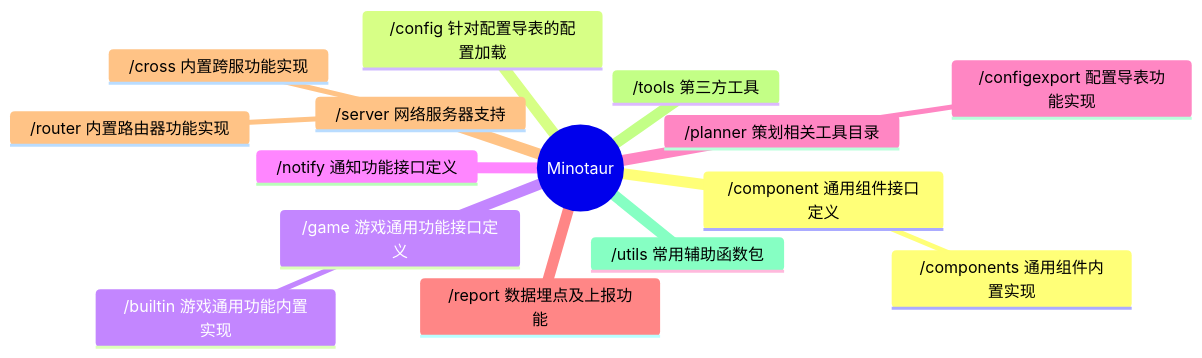
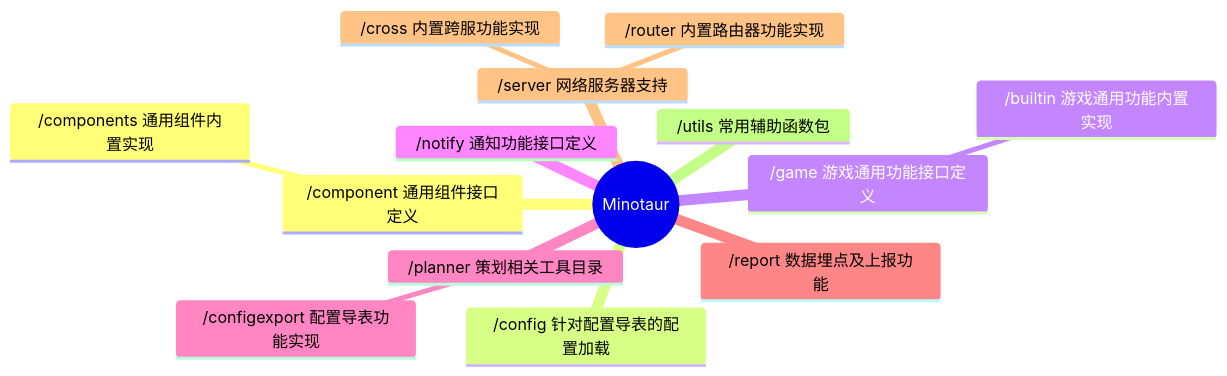
The diagram in README.md (kercylan98/minotaur), drawn with Mermaid before and after one commit. The commit also changed 8 other files, not shown here.

````diff
--- a/README.md
+++ b/README.md
@@ -11,18 +11,17 @@
 ```mermaid
 mindmap
   root((Minotaur))
     /component 通用组件接口定义
       /components 通用组件内置实现
     /config 针对配置导表的配置加载
     /game 游戏通用功能接口定义
       /builtin 游戏通用功能内置实现
     /notify 通知功能接口定义
     /planner 策划相关工具目录
       /configexport 配置导表功能实现
     /report 数据埋点及上报功能
     /server 网络服务器支持
       /cross 内置跨服功能实现
       /router 内置路由器功能实现
-    /tools 第三方工具
     /utils 常用辅助函数包
 ```
````
